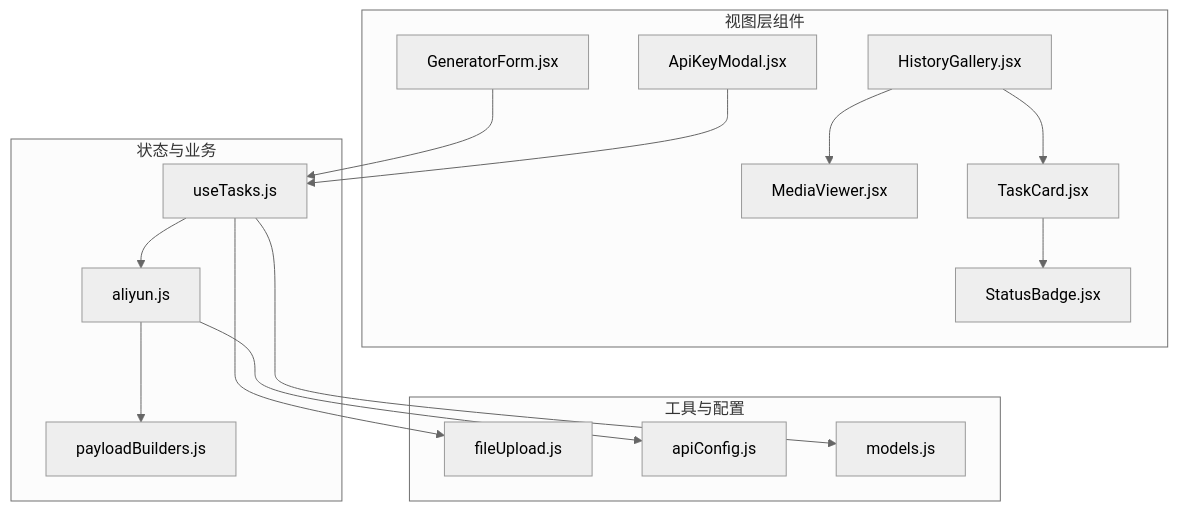
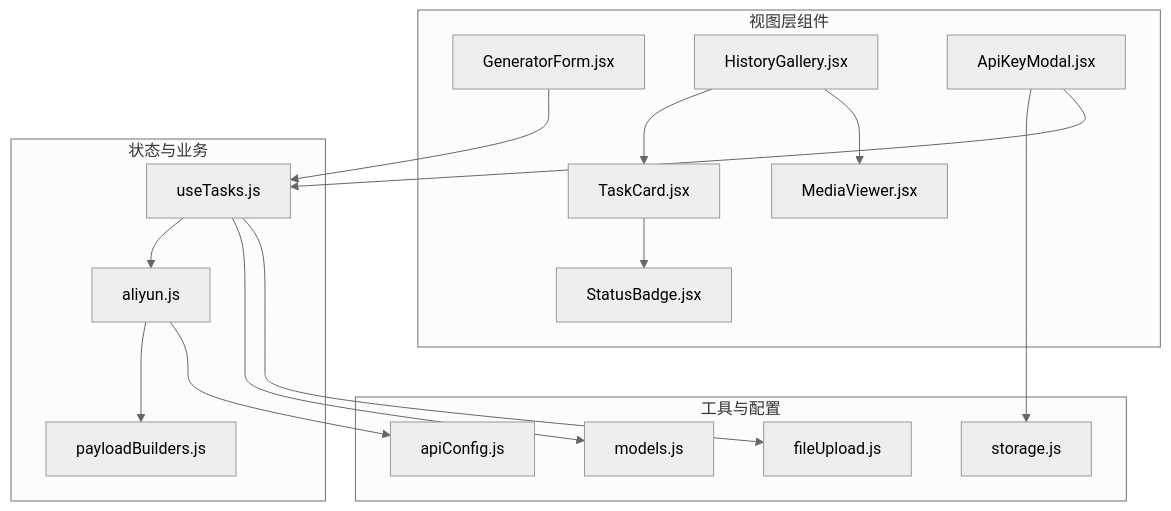
The first of 8 diagrams in .qoder/repowiki/zh/content/核心组件/辅助组件.md (alex0001yyy/wan-app), drawn with Mermaid (neutral theme) before and after one commit. The commit also changed other lines of this file and 35 other files, not shown here.

````diff
--- a/.qoder/repowiki/zh/content/核心组件/辅助组件.md
+++ b/.qoder/repowiki/zh/content/核心组件/辅助组件.md
@@ -45,31 +54,33 @@
 ```mermaid
 graph TB
 subgraph "视图层组件"
 GF["GeneratorForm.jsx"]
 HG["HistoryGallery.jsx"]
 MV["MediaViewer.jsx"]
 TC["TaskCard.jsx"]
 SB["StatusBadge.jsx"]
 AM["ApiKeyModal.jsx"]
 end
 subgraph "状态与业务"
 UT["useTasks.js"]
 AL["aliyun.js"]
 PB["payloadBuilders.js"]
 end
 subgraph "工具与配置"
 FU["fileUpload.js"]
+ST["storage.js"]
 AC["apiConfig.js"]
 MD["models.js"]
 end
 GF --> UT
 HG --> TC
 HG --> MV
 TC --> SB
+AM --> ST
 AM --> UT
 UT --> AL
 AL --> PB
 AL --> AC
 UT --> MD
 UT --> FU
 ```
````
